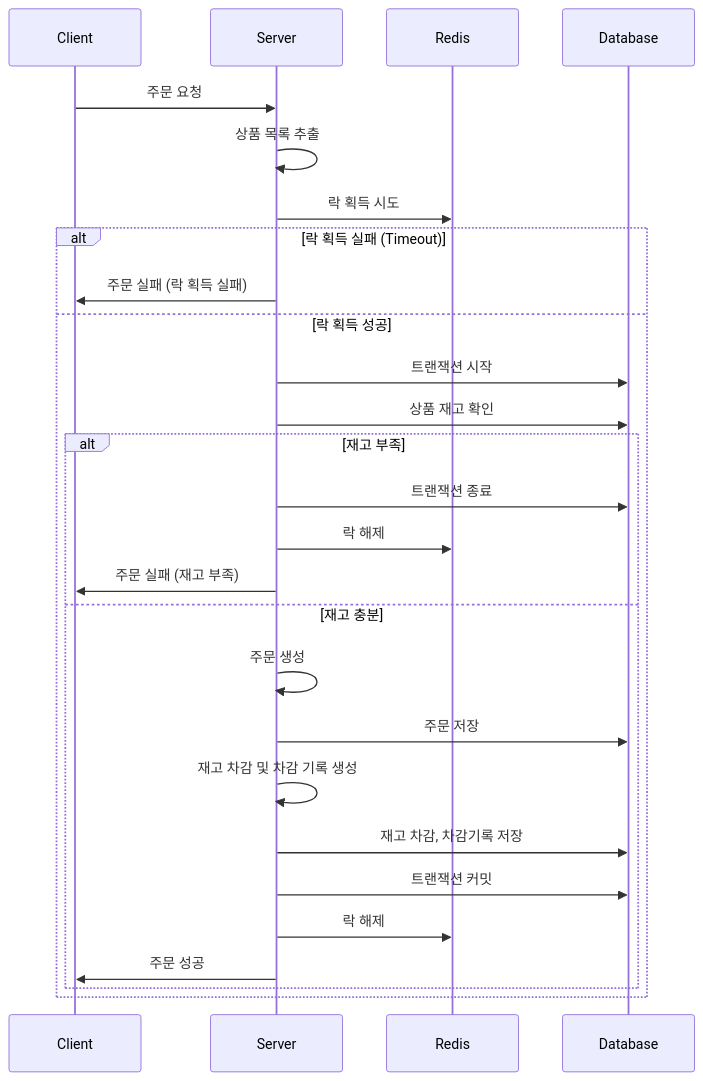
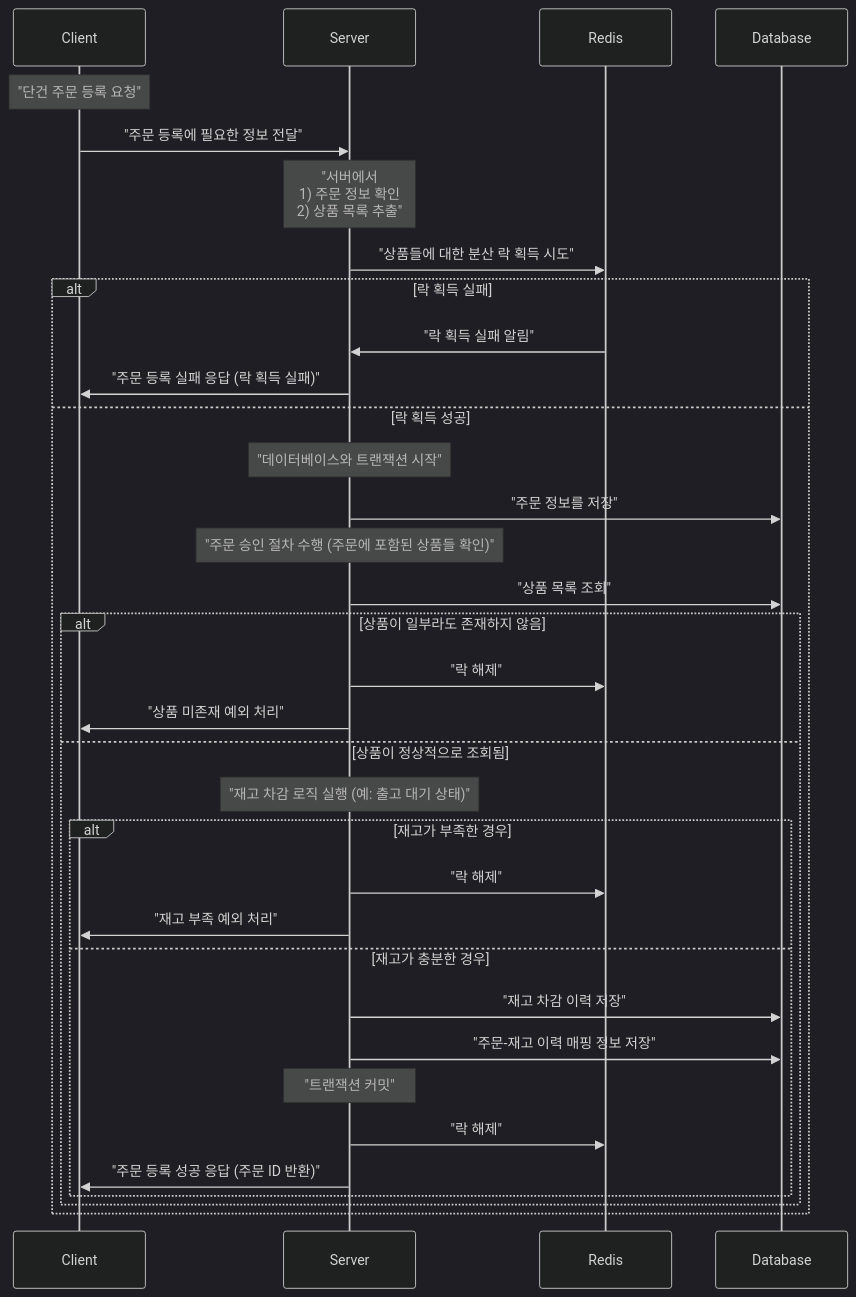
Before and after one commit to jinan159/wms: the second of 3 diagrams in README.md, drawn with Mermaid. The commit also changed other lines of this file, not shown here.

````diff
--- a/README.md
+++ b/README.md
@@ -46,30 +75,41 @@
 ```mermaid
+---
+config:
+  theme: dark
+---
 sequenceDiagram
-  participant C as Client
-  participant S as Server
-  participant R as Redis
-  participant D as Database
-  
-  C ->> S: 주문 요청
-  S ->> S: 상품 목록 추출
-  S ->> R: 락 획득 시도
-  alt 락 획득 실패 (Timeout)
-    S ->> C: 주문 실패 (락 획득 실패)
-  else 락 획득 성공
-    S ->> D: 트랜잭션 시작
-    S ->> D: 상품 재고 확인
-    alt 재고 부족
-      S ->> D: 트랜잭션 종료
-      S ->> R: 락 해제
-      S ->> C: 주문 실패 (재고 부족)
-    else 재고 충분
-      S ->> S: 주문 생성
-      S ->> D: 주문 저장
-      S ->> S: 재고 차감 및 차감 기록 생성
-      S ->> D: 재고 차감, 차감기록 저장
-      S ->> D: 트랜잭션 커밋
-      S ->> R: 락 해제
-      S ->> C: 주문 성공
+    participant C as Client
+    participant S as Server
+    participant R as Redis
+    participant D as Database
+    Note over C: "단건 주문 등록 요청"
+    C ->> S: "주문 등록에 필요한 정보 전달"
+    Note over S: "서버에서 <br/> 1) 주문 정보 확인 <br/> 2) 상품 목록 추출"
+    S ->> R: "상품들에 대한 분산 락 획득 시도"
+    alt 락 획득 실패
+        R ->> S: "락 획득 실패 알림"
+        S ->> C: "주문 등록 실패 응답 (락 획득 실패)"
+    else 락 획득 성공
+        Note over S: "데이터베이스와 트랜잭션 시작"
+        S ->> D: "주문 정보를 저장"
+        Note over S: "주문 승인 절차 수행 (주문에 포함된 상품들 확인)"
+        S ->> D: "상품 목록 조회"
+        alt 상품이 일부라도 존재하지 않음
+            S ->> R: "락 해제"
+            S ->> C: "상품 미존재 예외 처리"
+        else 상품이 정상적으로 조회됨
+            Note over S: "재고 차감 로직 실행 (예: 출고 대기 상태)"
+            alt 재고가 부족한 경우
+                S ->> R: "락 해제"
+                S ->> C: "재고 부족 예외 처리"
+            else 재고가 충분한 경우
+                S ->> D: "재고 차감 이력 저장"
+                S ->> D: "주문-재고 이력 매핑 정보 저장"
+                Note over S: "트랜잭션 커밋"
+                S ->> R: "락 해제"
+                S ->> C: "주문 등록 성공 응답 (주문 ID 반환)"
+            end
+        end
     end
-  end
+%% Sequence Diagram Image : https://www.mermaidchart.com/raw/068ccee2-a132-42c4-af97-0194778e71ca?theme=dark&version=v0.1&format=svg
 ```
````
